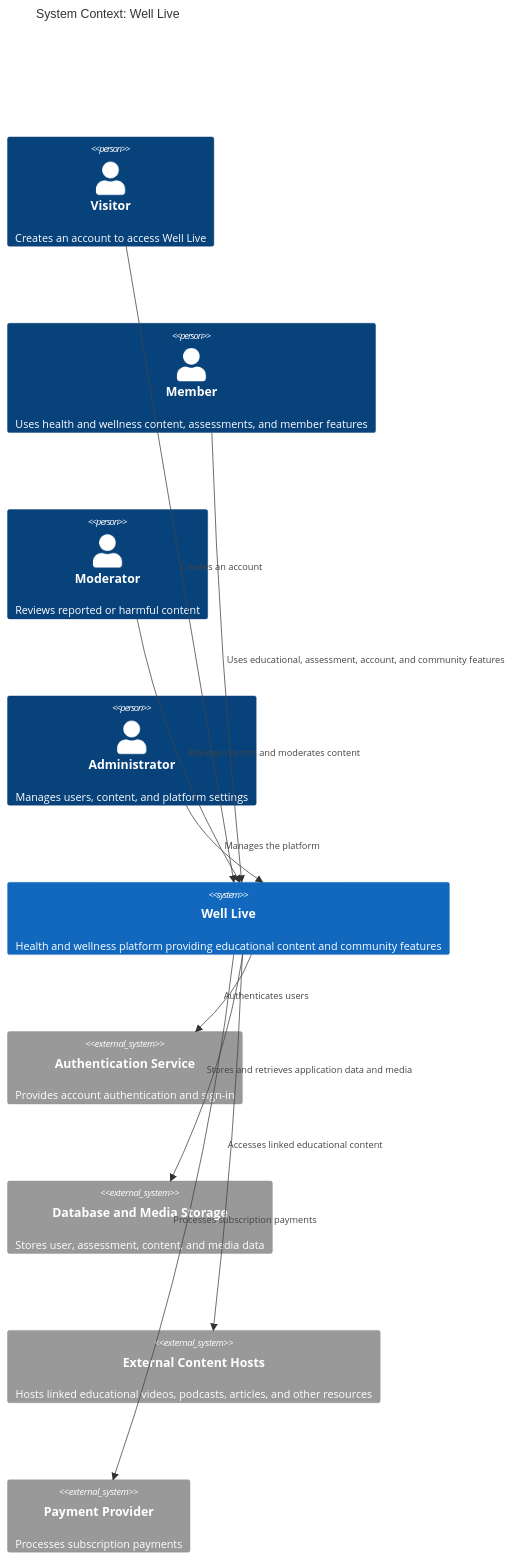
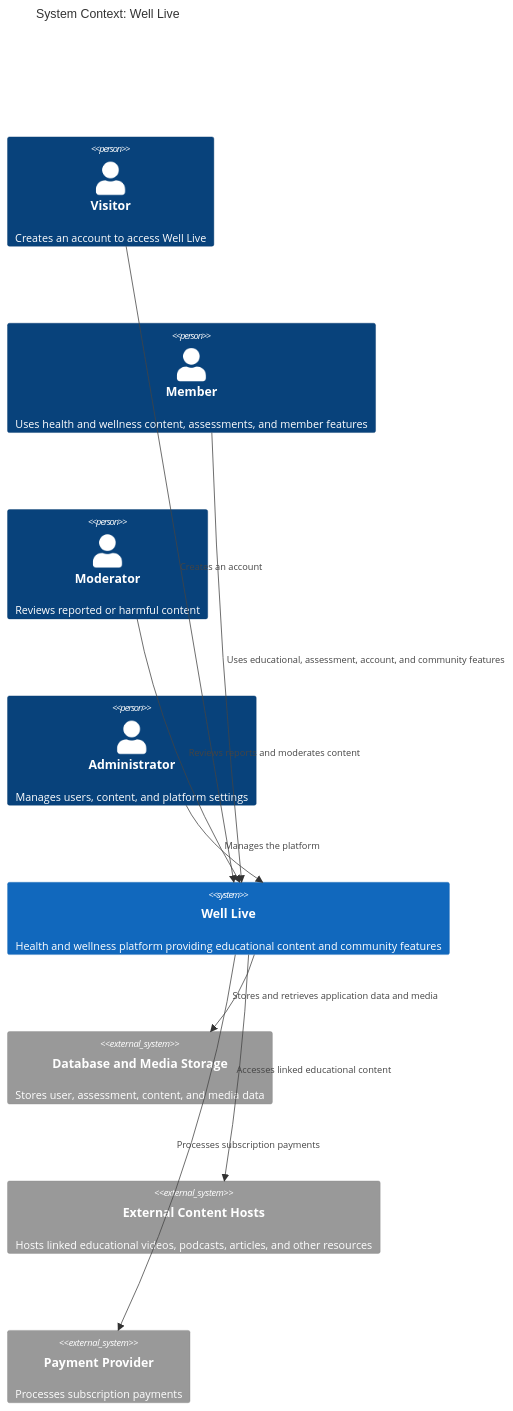
One commit to eggsbenedict287/tcu-cosc-40493-capstone-well-live changed the first of 2 diagrams in docs/design/architectural-design.md. Above: the diagram before and after it, drawn with Mermaid. The commit also changed other lines of this file and 3 other files, not shown here.

````diff
--- a/docs/design/architectural-design.md
+++ b/docs/design/architectural-design.md
@@ -119,26 +119,24 @@
 ```mermaid
 C4Context
     title System Context: Well Live
 
     Person(visitor, "Visitor", "Creates an account to access Well Live")
     Person(member, "Member", "Uses health and wellness content, assessments, and member features")
     Person(moderator, "Moderator", "Reviews reported or harmful content")
     Person(admin, "Administrator", "Manages users, content, and platform settings")
 
     System(welllive, "Well Live", "Health and wellness platform providing educational content and community features")
 
-    System_Ext(auth, "Authentication Service", "Provides account authentication and sign-in")
     System_Ext(storage, "Database and Media Storage", "Stores user, assessment, content, and media data")
     System_Ext(contentHost, "External Content Hosts", "Hosts linked educational videos, podcasts, articles, and other resources")
     System_Ext(payment, "Payment Provider", "Processes subscription payments")
 
     Rel(visitor, welllive, "Creates an account")
     Rel(member, welllive, "Uses educational, assessment, account, and community features")
     Rel(moderator, welllive, "Reviews reports and moderates content")
     Rel(admin, welllive, "Manages the platform")
 
-    Rel(welllive, auth, "Authenticates users")
     Rel(welllive, storage, "Stores and retrieves application data and media")
     Rel(welllive, contentHost, "Accesses linked educational content")
     Rel(welllive, payment, "Processes subscription payments")
 ```
````
